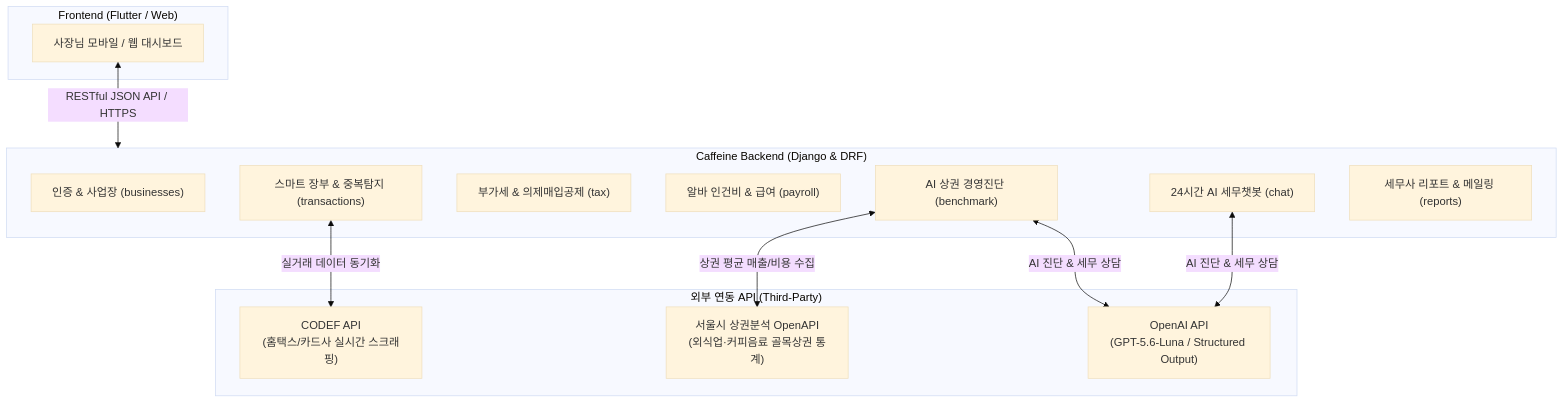
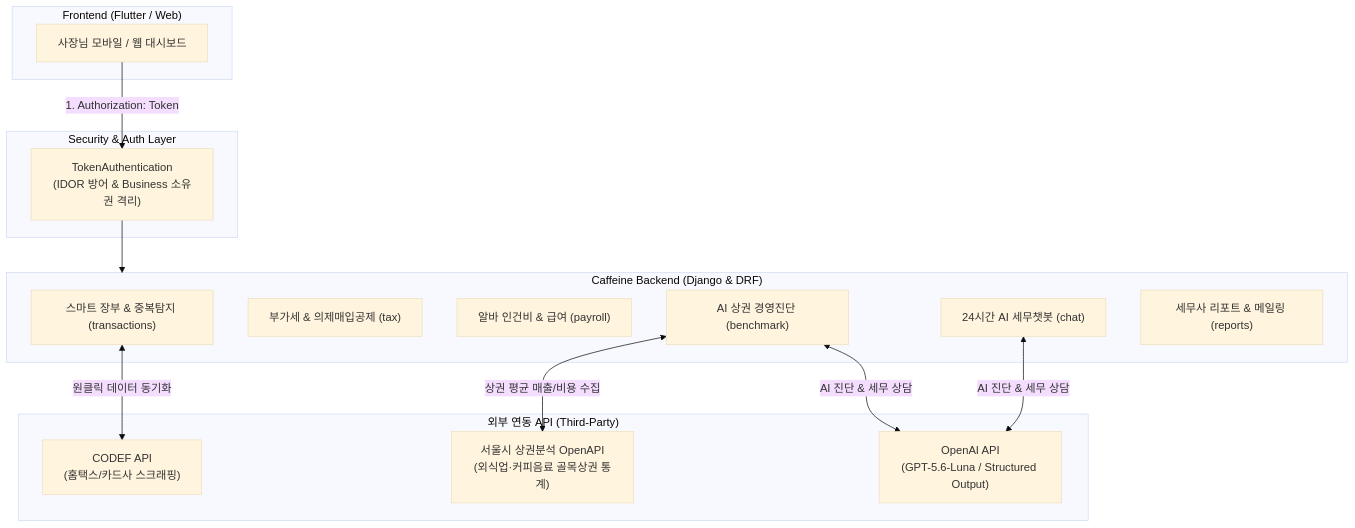
Before and after one commit to LikeLion-at-DGU/2026-Hackathon-team5-Caffeine-BE: the second of 2 diagrams in README.md, drawn with Mermaid (base theme). The commit also changed other lines of this file and 17 other files, not shown here.

Commit message:
feat: 데모 사업장 정보 수아네 커피집(대표 조수아)으로 전면 리셋 및 데이터 정비

````diff
--- a/README.md
+++ b/README.md
@@ -29,27 +42,31 @@
 ```mermaid
 flowchart TD
     subgraph Client["Frontend (Flutter / Web)"]
         UI["사장님 모바일 / 웹 대시보드"]
     end
 
+    subgraph Security["Security & Auth Layer"]
+        AUTH["TokenAuthentication<br/>(IDOR 방어 & Business 소유권 격리)"]
+    end
+
     subgraph Server["Caffeine Backend (Django & DRF)"]
-        AUTH["인증 & 사업장 (businesses)"]
         TX["스마트 장부 & 중복탐지 (transactions)"]
         TAX["부가세 & 의제매입공제 (tax)"]
         PAY["알바 인건비 & 급여 (payroll)"]
         BENCH["AI 상권 경영진단 (benchmark)"]
         CHAT["24시간 AI 세무챗봇 (chat)"]
         REP["세무사 리포트 & 메일링 (reports)"]
     end
 
     subgraph External["외부 연동 API (Third-Party)"]
-        CODEF["CODEF API<br/>(홈택스/카드사 실시간 스크래핑)"]
+        CODEF["CODEF API<br/>(홈택스/카드사 스크래핑)"]
         SEOUL["서울시 상권분석 OpenAPI<br/>(외식업·커피음료 골목상권 통계)"]
         OPENAI["OpenAI API<br/>(GPT-5.6-Luna / Structured Output)"]
     end
 
-    UI <-->|RESTful JSON API / HTTPS| Server
-    TX <-->|실거래 데이터 동기화| CODEF
+    UI -->|1. Authorization: Token| AUTH
+    AUTH --> Server
+    TX <-->|원클릭 데이터 동기화| CODEF
     BENCH <-->|상권 평균 매출/비용 수집| SEOUL
     BENCH & CHAT <-->|AI 진단 & 세무 상담| OPENAI
 ```
````
